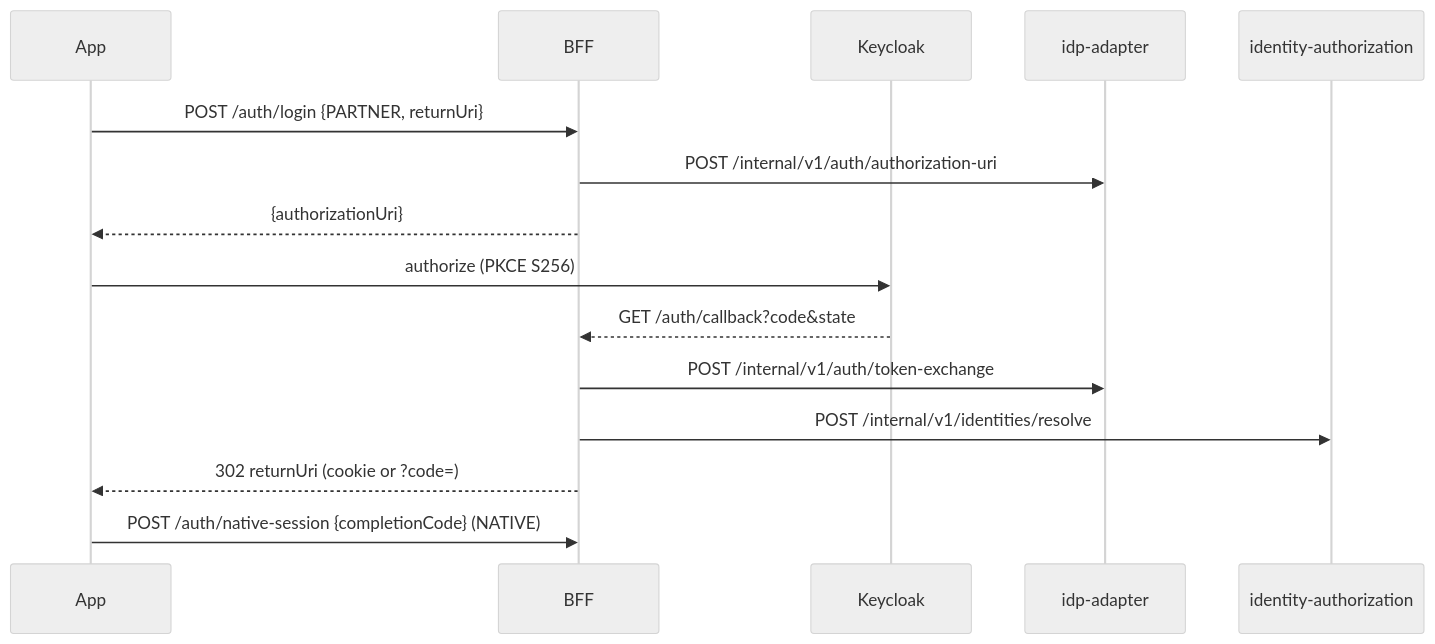
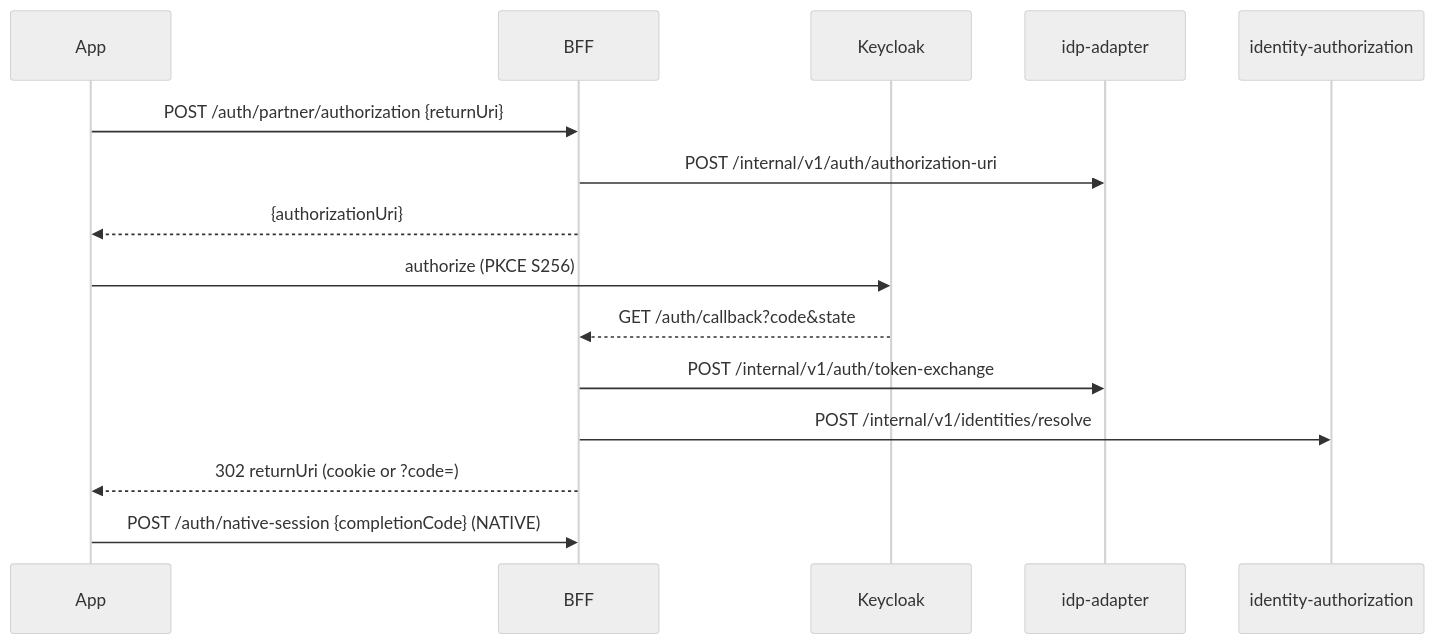
One commit to Mahesh38/bank-insurance-platform changed the second of 3 diagrams in docs/platform/contracts/workforce-access-bff/LLD.md. Above: the diagram before and after it, drawn with Mermaid (neutral theme). The commit also changed other lines of this file and 29 other files, not shown here.

First line of the commit message:
SUG-20261028-1lg — one Login BRD auth surface (retire IAM-001 dual login) (#165)

````diff
--- a/docs/platform/contracts/workforce-access-bff/LLD.md
+++ b/docs/platform/contracts/workforce-access-bff/LLD.md
@@ -120,17 +125,17 @@
 ```mermaid
 sequenceDiagram
     participant App
     participant BFF
     participant KC as Keycloak
     participant IDP as idp-adapter
     participant AZ as identity-authorization
-    App->>BFF: POST /auth/login {PARTNER, returnUri}
+    App->>BFF: POST /auth/partner/authorization {returnUri}
     BFF->>IDP: POST /internal/v1/auth/authorization-uri
     BFF-->>App: {authorizationUri}
     App->>KC: authorize (PKCE S256)
     KC-->>BFF: GET /auth/callback?code&state
     BFF->>IDP: POST /internal/v1/auth/token-exchange
     BFF->>AZ: POST /internal/v1/identities/resolve
     BFF-->>App: 302 returnUri (cookie or ?code=)
     App->>BFF: POST /auth/native-session {completionCode} (NATIVE)
 ```
````
